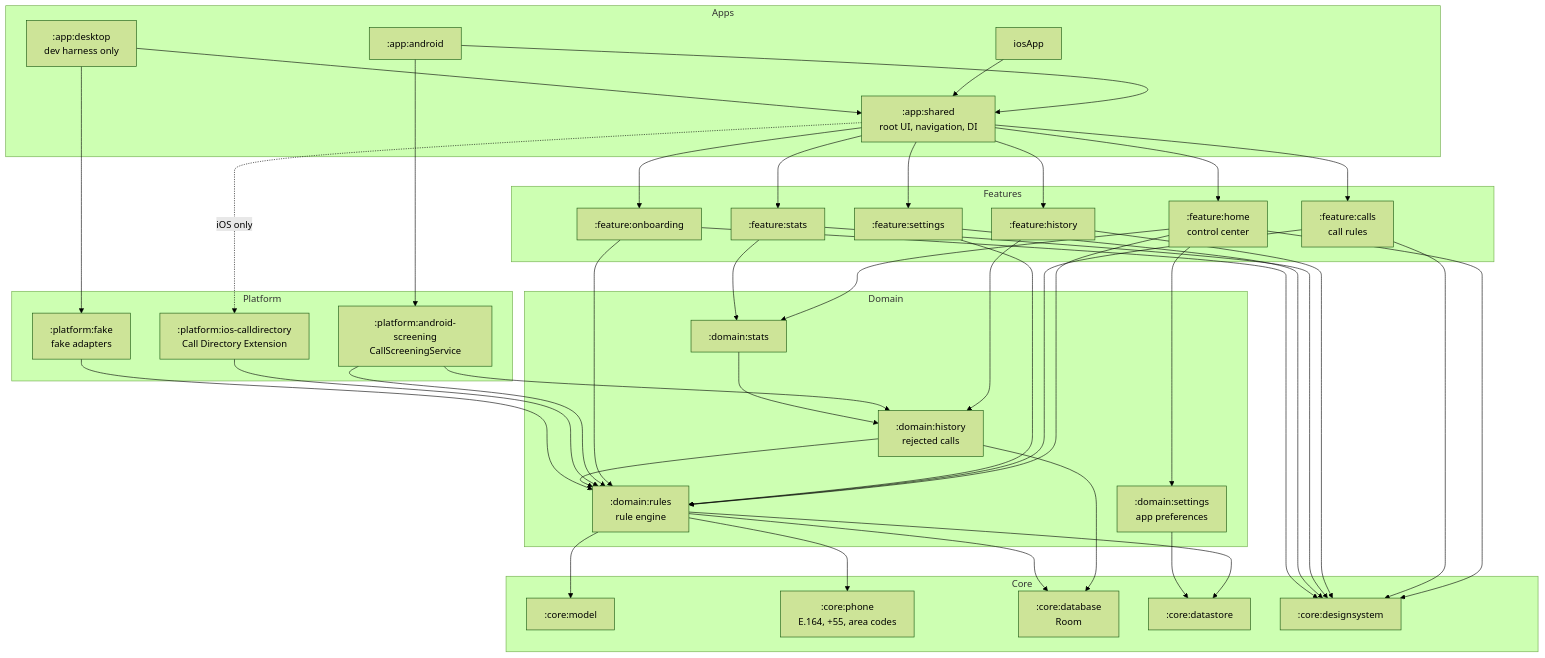
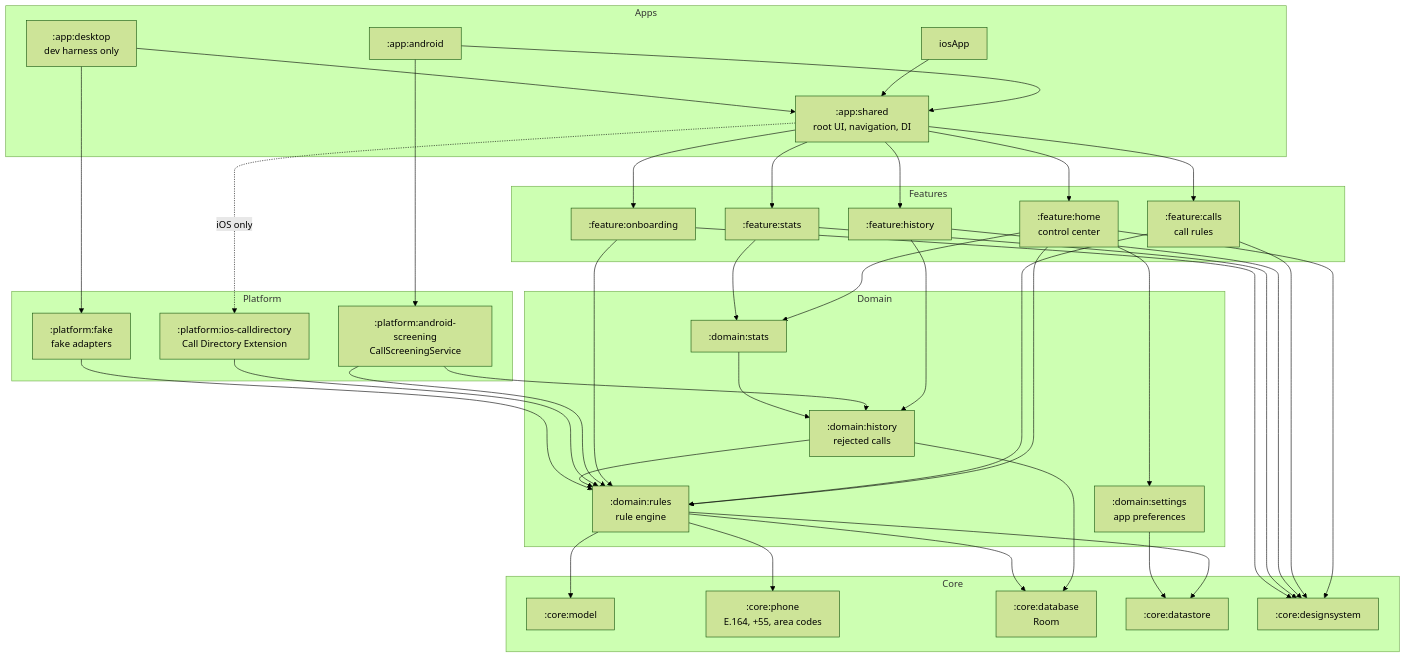
The first of 2 diagrams in docs/architecture.md (JaguarSurf/knobly), drawn with Mermaid (forest theme) before and after one commit. The commit also changed other lines of this file and 37 other files, not shown here.

````diff
--- a/docs/architecture.md
+++ b/docs/architecture.md
@@ -14,60 +14,59 @@
 ```mermaid
 flowchart TD
     subgraph Apps
         AA[":app:android"]
         IA["iosApp"]
         AD[":app:desktop<br/>dev harness only"]
         AS[":app:shared<br/>root UI, navigation, DI"]
     end
 
     subgraph Features
         FHome[":feature:home<br/>control center"]
         FC[":feature:calls<br/>call rules"]
         FH[":feature:history"]
         FS[":feature:stats"]
-        FSet[":feature:settings"]
         FO[":feature:onboarding"]
     end
 
     subgraph Domain
         DR[":domain:rules<br/>rule engine"]
         DH[":domain:history<br/>rejected calls"]
         DSet[":domain:settings<br/>app preferences"]
         DS[":domain:stats"]
     end
 
     subgraph Core
         CM[":core:model"]
         CP[":core:phone<br/>E.164, +55, area codes"]
         CD[":core:database<br/>Room"]
         CDS[":core:datastore"]
         CDes[":core:designsystem"]
     end
 
     subgraph Platform
         PA[":platform:android-screening<br/>CallScreeningService"]
         PI[":platform:ios-calldirectory<br/>Call Directory Extension"]
         PF[":platform:fake<br/>fake adapters"]
     end
 
     AA & IA & AD --> AS
-    AS --> FHome & FC & FH & FS & FSet & FO
+    AS --> FHome & FC & FH & FS & FO
     AA --> PA
     AS -. iOS only .-> PI
     AD --> PF
 
-    FHome & FC & FSet & FO --> DR
+    FHome & FC & FO --> DR
     FH --> DH
     FHome --> DS & DSet
     FS --> DS
-    FHome & FC & FH & FS & FSet & FO --> CDes
+    FHome & FC & FH & FS & FO --> CDes
 
     PA --> DR & DH
     PI --> DR
     DH --> DR & CD
 
     DR --> CM & CP & CD & CDS
     DS --> DH
     DSet --> CDS
     PF --> DR
 ```
````
